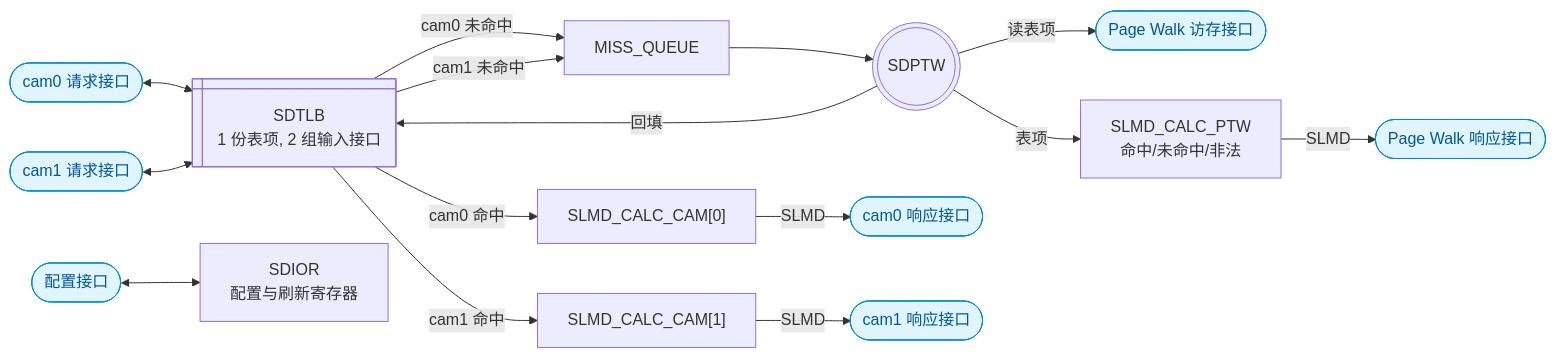
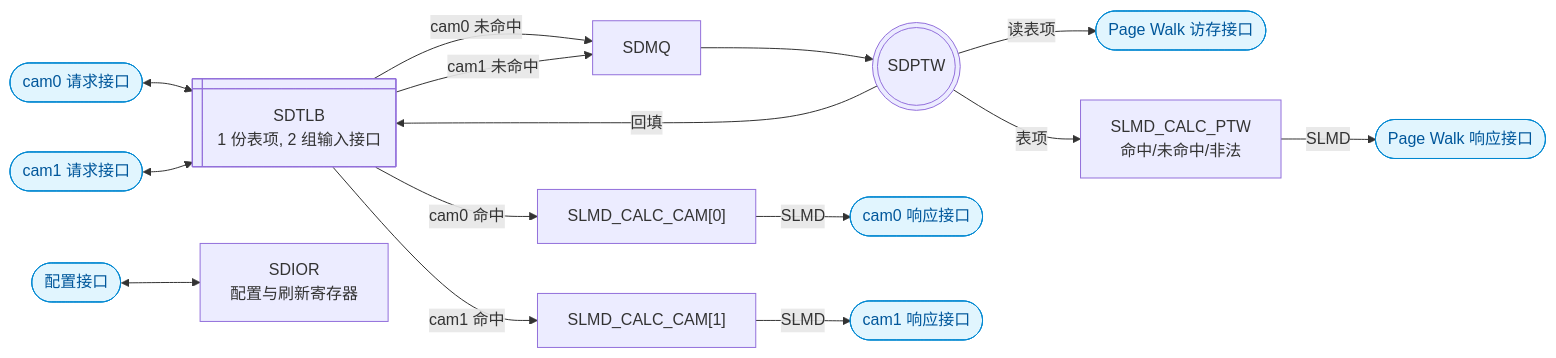
Before and after one commit to DuBirdFly/C1_SDecoder: the second of 3 diagrams in doc/design_plan/SDecoder设计方案/SDecoder 设计方案 v0.9.md, drawn with Mermaid. The commit also changed other lines of this file, not shown here.

Commit message:
docs(design): MISS_QUEUE 改名为 SDMQ, 补充在途 id 唯一的约定

````diff
--- a/doc/design_plan/SDecoder设计方案/SDecoder 设计方案 v0.9.md
+++ b/doc/design_plan/SDecoder设计方案/SDecoder 设计方案 v0.9.md
@@ -76,21 +76,21 @@
 ```mermaid
 flowchart LR
     TLB@{ shape: win-pane, label: "SDTLB<br/>1 份表项, 2 组输入接口" }
     REQ0(["cam0 请求接口"]) <--> TLB
     REQ1(["cam1 请求接口"]) <--> TLB
     TLB -->|"cam0 命中"| CALC0["SLMD_CALC_CAM[0]"]
     TLB -->|"cam1 命中"| CALC1["SLMD_CALC_CAM[1]"]
-    TLB -->|"cam0 未命中"| MISSQ["MISS_QUEUE"]
-    TLB -->|"cam1 未命中"| MISSQ
-    MISSQ --> PTW
+    TLB -->|"cam0 未命中"| SDMQ["SDMQ"]
+    TLB -->|"cam1 未命中"| SDMQ
+    SDMQ --> PTW
     PTW@{ shape: dbl-circ, label: "SDPTW" }
     PTW -->|"读表项"| TW(["Page Walk 访存接口"])
     PTW -->|"回填"| TLB
     PTW -->|"表项"| CALC2["SLMD_CALC_PTW<br/>命中/未命中/非法"]
     CALC0 -->|"SLMD"| RSP0(["cam0 响应接口"])
     CALC1 -->|"SLMD"| RSP1(["cam1 响应接口"])
     CALC2 -->|"SLMD"| PWRSP(["Page Walk 响应接口"])
     CFG(["配置接口"]) <--> SDIOR["SDIOR<br/>配置与刷新寄存器"]
     classDef iface fill:#e1f5fe,stroke:#0288d1,color:#01579b
     class REQ0,REQ1,TW,RSP0,RSP1,PWRSP,CFG iface
 ```
````
